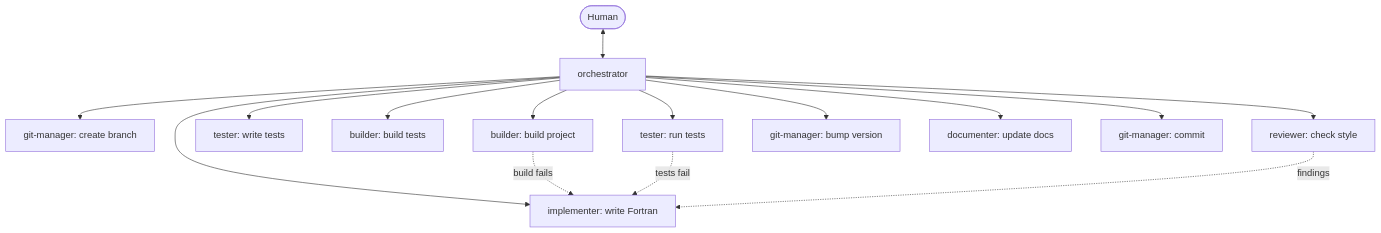
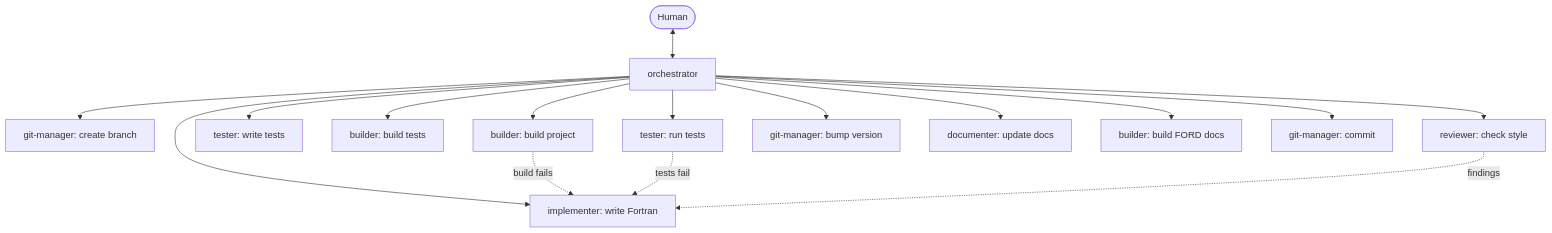
One commit to marcpuigpinos/Fortran-Neural-Network changed the diagram in README.md. Above: the diagram before and after it, drawn with Mermaid. The commit also changed other lines of this file and 10 other files, not shown here.

Commit message:
docs: adopt FORD documentation style, build target, and re-comment sources

````diff
--- a/README.md
+++ b/README.md
@@ -104,18 +105,19 @@
 ```mermaid
 flowchart TD
     H([Human]) <--> O[orchestrator]
     O --> G1[git-manager: create branch]
     O --> I[implementer: write Fortran]
     O --> B1[builder: build project]
     O --> T1[tester: write tests]
     O --> B2[builder: build tests]
     O --> T2[tester: run tests]
     O --> R[reviewer: check style]
     O --> G2[git-manager: bump version]
     O --> D[documenter: update docs]
+    O --> B3[builder: build FORD docs]
     O --> G3[git-manager: commit]
 
     B1 -. build fails .-> I
     T2 -. tests fail .-> I
     R -. findings .-> I
 ```
````
